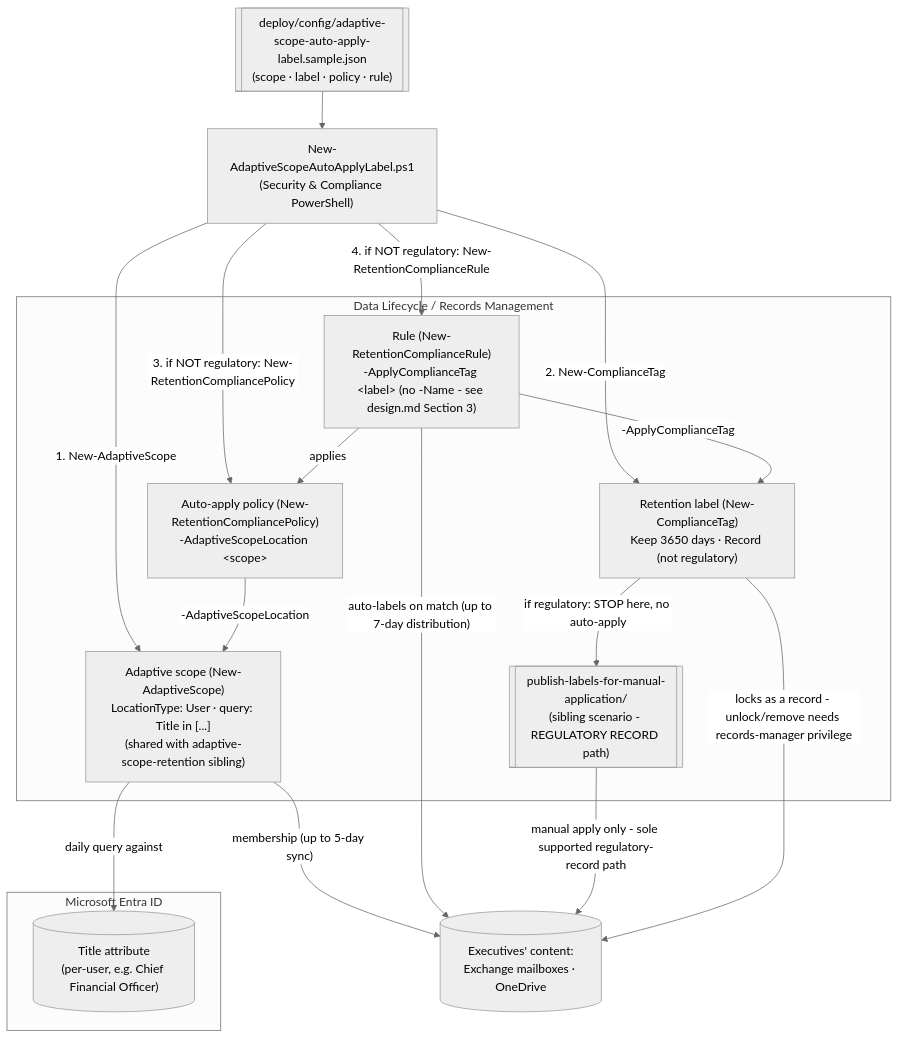
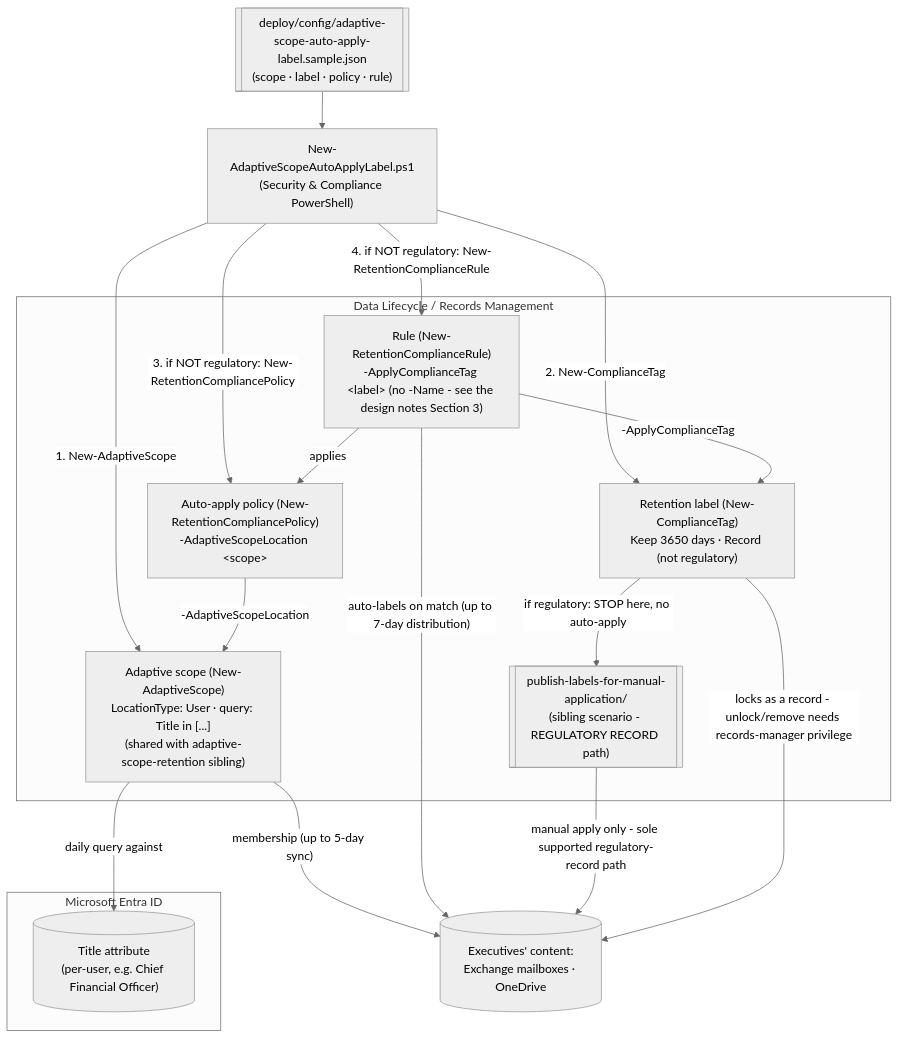
One commit to kpsec1/kpsec1.github.io changed the diagram in src/content/scenarios/data-lifecycle-management/adaptive-scope-auto-apply-label.md. Above: the diagram before and after it, drawn with Mermaid (neutral theme). The commit also changed 269 other files, not shown here.

````diff
--- a/src/content/scenarios/data-lifecycle-management/adaptive-scope-auto-apply-label.md
+++ b/src/content/scenarios/data-lifecycle-management/adaptive-scope-auto-apply-label.md
@@ -59,34 +59,34 @@
 ```mermaid
 flowchart TD
     Cfg[["deploy/config/adaptive-scope-auto-apply-label.sample.json<br/>(scope · label · policy · rule)"]]
     New["New-AdaptiveScopeAutoApplyLabel.ps1<br/>(Security & Compliance PowerShell)"]
 
     subgraph Entra["Microsoft Entra ID"]
         Attr[("Title attribute<br/>(per-user, e.g. Chief Financial Officer)")]
     end
 
     subgraph DLM["Data Lifecycle / Records Management"]
         Scope["Adaptive scope (New-AdaptiveScope)<br/>LocationType: User · query: Title in [...]<br/>(shared with adaptive-scope-retention sibling)"]
         Label["Retention label (New-ComplianceTag)<br/>Keep 3650 days · Record (not regulatory)"]
         Policy["Auto-apply policy (New-RetentionCompliancePolicy)<br/>-AdaptiveScopeLocation &lt;scope&gt;"]
-        Rule["Rule (New-RetentionComplianceRule)<br/>-ApplyComplianceTag &lt;label&gt; (no -Name - see design.md Section 3)"]
+        Rule["Rule (New-RetentionComplianceRule)<br/>-ApplyComplianceTag &lt;label&gt; (no -Name - see the design notes Section 3)"]
         Publish[["publish-labels-for-manual-application/<br/>(sibling scenario - REGULATORY RECORD path)"]]
     end
 
     Content[("Executives' content:<br/>Exchange mailboxes · OneDrive")]
 
     Cfg --> New
     New -- "1. New-AdaptiveScope" --> Scope
     Scope -- "daily query against" --> Attr
     New -- "2. New-ComplianceTag" --> Label
     Label -- "if regulatory: STOP here, no auto-apply" --> Publish
     New -- "3. if NOT regulatory: New-RetentionCompliancePolicy" --> Policy
     New -- "4. if NOT regulatory: New-RetentionComplianceRule" --> Rule
     Policy -- "-AdaptiveScopeLocation" --> Scope
     Rule -- applies --> Policy
     Rule -- "-ApplyComplianceTag" --> Label
     Scope -- "membership (up to 5-day sync)" --> Content
     Rule -- "auto-labels on match (up to 7-day distribution)" --> Content
     Publish -- "manual apply only - sole supported regulatory-record path" --> Content
     Label -- "locks as a record - unlock/remove needs records-manager privilege" --> Content
 ```
````
